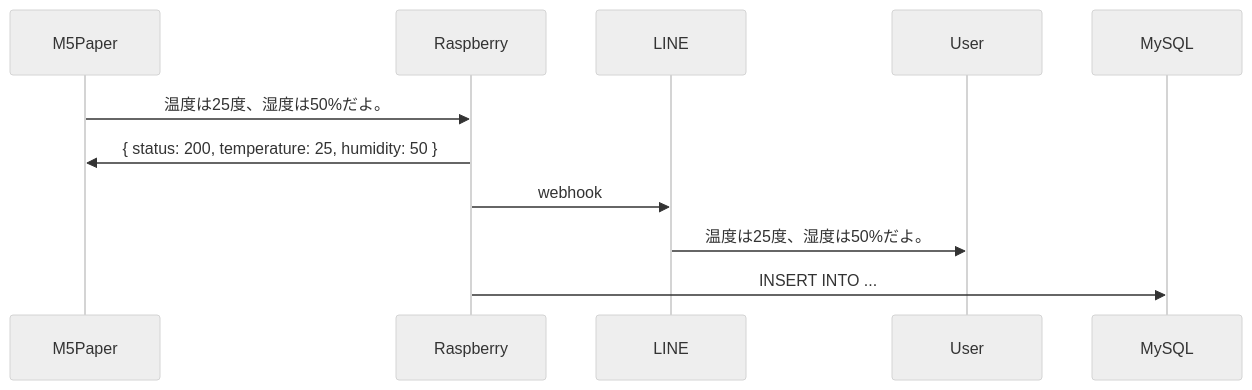
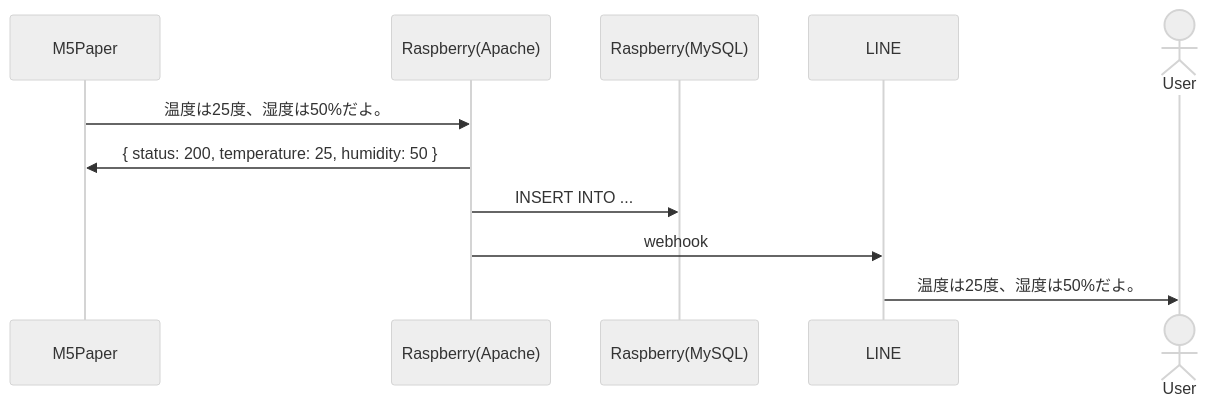
Before and after one commit to FukeKazki/boilerplate: the diagram in source/20220613.md, drawn with Mermaid (neutral theme).

````diff
--- a/source/20220613.md
+++ b/source/20220613.md
@@ -9,13 +9,13 @@
 ```mermaid,autorun
 sequenceDiagram
-  participant M5Paper
-  participant Raspberry
+  participant M5 as M5Paper
+  participant R as Raspberry(Apache)
+  participant RD as Raspberry(MySQL)
   participant LINE
-  participant User
-  participant MySQL
-  M5Paper->>Raspberry: 温度は25度、湿度は50%だよ。
-  Raspberry->>M5Paper: { status: 200, temperature: 25, humidity: 50 }
-  Raspberry->>LINE: webhook
+  actor User
+  M5->>R: 温度は25度、湿度は50%だよ。
+  R->>M5: { status: 200, temperature: 25, humidity: 50 }
+  R->>RD: INSERT INTO ...
+  R->>LINE: webhook
   LINE->>User: 温度は25度、湿度は50%だよ。
-  Raspberry->>MySQL: INSERT INTO ...
 ```
````
